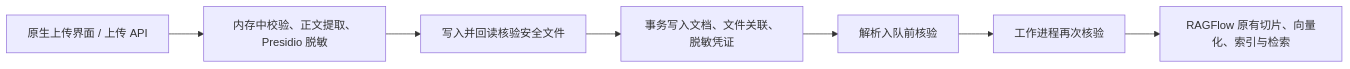
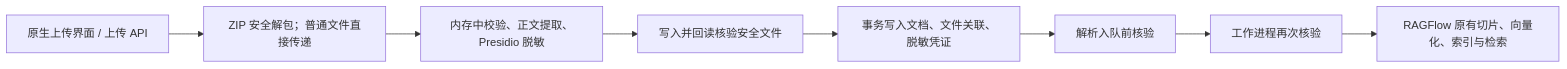
One commit to wlff123/ragflow changed the diagram in docs/入库前脱敏实现与验证.md. Above: the diagram before and after it, drawn with Mermaid. The commit also changed other lines of this file and 8 other files, not shown here.

````diff
--- a/docs/入库前脱敏实现与验证.md
+++ b/docs/入库前脱敏实现与验证.md
@@ -26,9 +27,10 @@
 ```mermaid
 flowchart LR
-    A[原生上传界面 / 上传 API] --> B[内存中校验、正文提取、Presidio 脱敏]
+    A[原生上传界面 / 上传 API] --> Z[ZIP 安全解包；普通文件直接传递]
+    Z --> B[内存中校验、正文提取、Presidio 脱敏]
     B --> C[写入并回读核验安全文件]
     C --> D[事务写入文档、文件关联、脱敏凭证]
     D --> E[解析入队前核验]
     E --> F[工作进程再次核验]
     F --> G[RAGFlow 原有切片、向量化、索引与检索]
 ```
````
